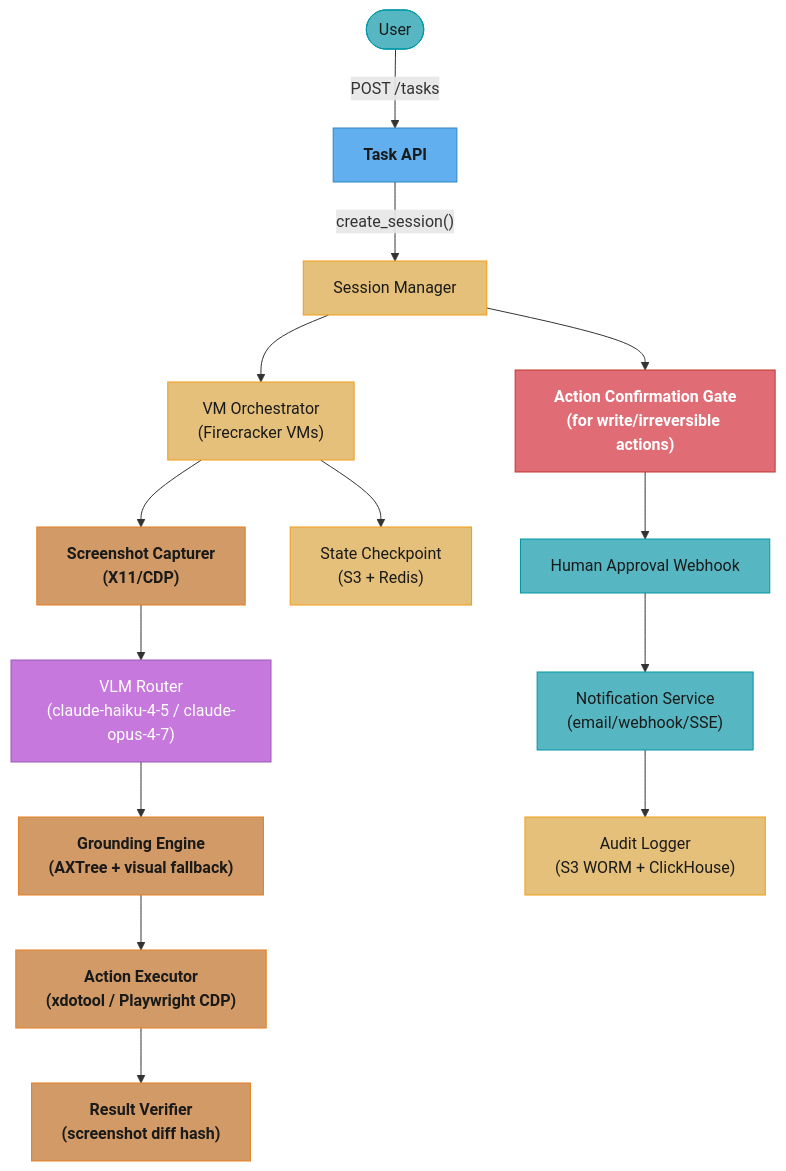
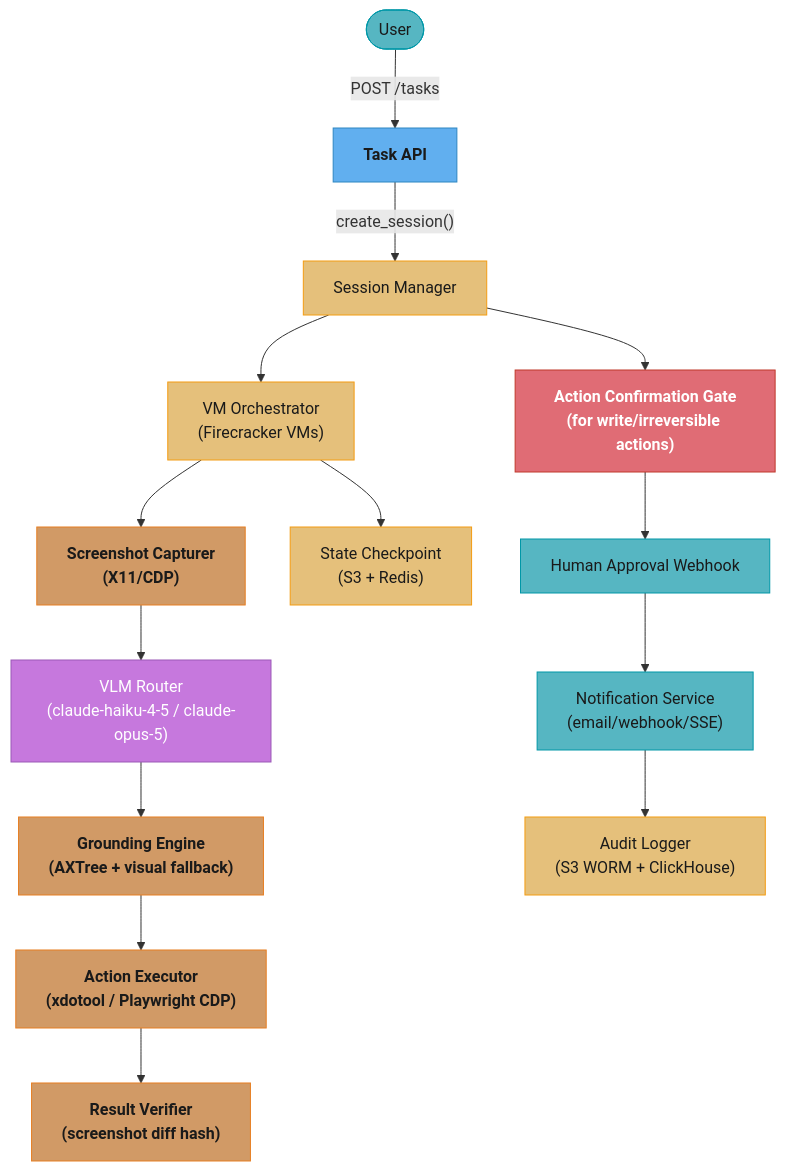
Before and after one commit to rppol/system-design: the first of 2 diagrams in src/main/java/com/rutik/systemdesign/llm/case_studies/design_computer_use_agent.md, drawn with Mermaid. The commit also changed other lines of this file and 4 other files, not shown here.

````diff
--- a/src/main/java/com/rutik/systemdesign/llm/case_studies/design_computer_use_agent.md
+++ b/src/main/java/com/rutik/systemdesign/llm/case_studies/design_computer_use_agent.md
@@ -106,32 +106,32 @@
 ```mermaid
 %%{init: {'flowchart': {'curve': 'basis', 'nodeSpacing': 45, 'rankSpacing': 55}}}%%
 flowchart TD
     classDef io      fill:#61afef,stroke:#2e86c1,color:#1a1a1a,font-weight:bold
     classDef frozen  fill:#c678dd,stroke:#9b59b6,color:#fff
     classDef train   fill:#98c379,stroke:#27ae60,color:#1a1a1a
     classDef mathOp  fill:#d19a66,stroke:#e67e22,color:#1a1a1a,font-weight:bold
     classDef lossN   fill:#e06c75,stroke:#c0392b,color:#fff,font-weight:bold
     classDef req     fill:#56b6c2,stroke:#0097a7,color:#1a1a1a
     classDef base    fill:#e5c07b,stroke:#f39c12,color:#1a1a1a
 
     USER(["User"]) -->|"POST /tasks"| TAPI["Task API"]
     TAPI -->|"create_session()"| SM["Session Manager"]
     SM --> VMO["VM Orchestrator\n(Firecracker VMs)"]
     SM --> ACG["Action Confirmation Gate\n(for write/irreversible actions)"]
     VMO --> SC["Screenshot Capturer\n(X11/CDP)"]
     VMO --> CKPT["State Checkpoint\n(S3 + Redis)"]
-    SC --> VLMR["VLM Router\n(claude-haiku-4-5 / claude-opus-4-7)"]
+    SC --> VLMR["VLM Router\n(claude-haiku-4-5 / claude-opus-5)"]
     VLMR --> GE["Grounding Engine\n(AXTree + visual fallback)"]
     GE --> AE["Action Executor\n(xdotool / Playwright CDP)"]
     AE --> RV["Result Verifier\n(screenshot diff hash)"]
     ACG --> HAW["Human Approval Webhook"]
     HAW --> NS["Notification Service\n(email/webhook/SSE)"]
     NS --> AL["Audit Logger\n(S3 WORM + ClickHouse)"]
 
     class USER,HAW,NS req
     class TAPI io
     class SM,VMO,CKPT,AL base
     class SC,GE,AE,RV mathOp
     class VLMR frozen
     class ACG lossN
 ```
````
